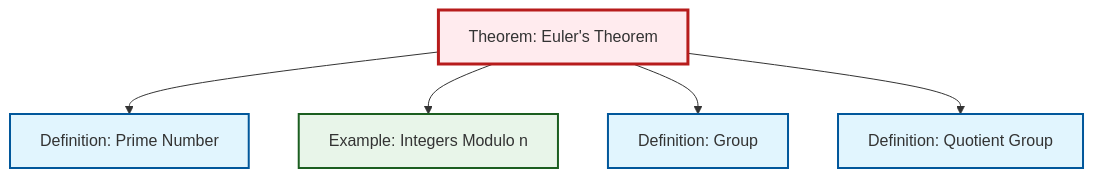
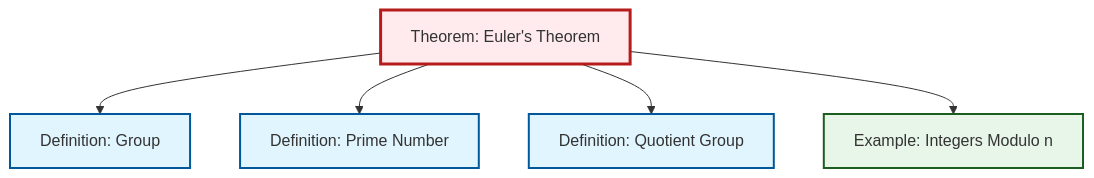
Before and after one commit to RK0429/ModernMath: the diagram in content/en/number-theory/thm-euler.qmd, drawn with Mermaid. The commit also changed other lines of this file and 530 other files, not shown here.

````diff
--- a/content/en/number-theory/thm-euler.qmd
+++ b/content/en/number-theory/thm-euler.qmd
@@ -51,23 +51,23 @@
 ```{mermaid}
 %%| fig-cap: "Local dependency graph"
 graph TD
     classDef definition fill:#e1f5fe,stroke:#01579b,stroke-width:2px
     classDef theorem fill:#f3e5f5,stroke:#4a148c,stroke-width:2px
     classDef axiom fill:#fff3e0,stroke:#e65100,stroke-width:2px
     classDef example fill:#e8f5e9,stroke:#1b5e20,stroke-width:2px
     classDef current fill:#ffebee,stroke:#b71c1c,stroke-width:3px
+    thm-euler["Theorem: Euler's Theorem"]:::theorem
+    def-group["Definition: Group"]:::definition
     def-quotient-group["Definition: Quotient Group"]:::definition
+    def-prime["Definition: Prime Number"]:::definition
     ex-quotient-integers-mod-n["Example: Integers Modulo n"]:::example
-    def-prime["Definition: Prime Number"]:::definition
-    def-group["Definition: Group"]:::definition
-    thm-euler["Theorem: Euler's Theorem"]:::theorem
+    thm-euler --> def-group
     thm-euler --> def-prime
+    thm-euler --> def-quotient-group
     thm-euler --> ex-quotient-integers-mod-n
-    thm-euler --> def-group
-    thm-euler --> def-quotient-group
     class thm-euler current
+    click def-group "def-group.html" "Go to Group definition"
     click def-quotient-group "def-quotient-group.html" "Go to Quotient Group definition"
+    click def-prime "def-prime.html" "Go to Prime Number definition"
     click ex-quotient-integers-mod-n "ex-quotient-integers-mod-n.html" "Go to Integers Modulo n example"
-    click def-prime "def-prime.html" "Go to Prime Number definition"
-    click def-group "def-group.html" "Go to Group definition"
 ```
````
